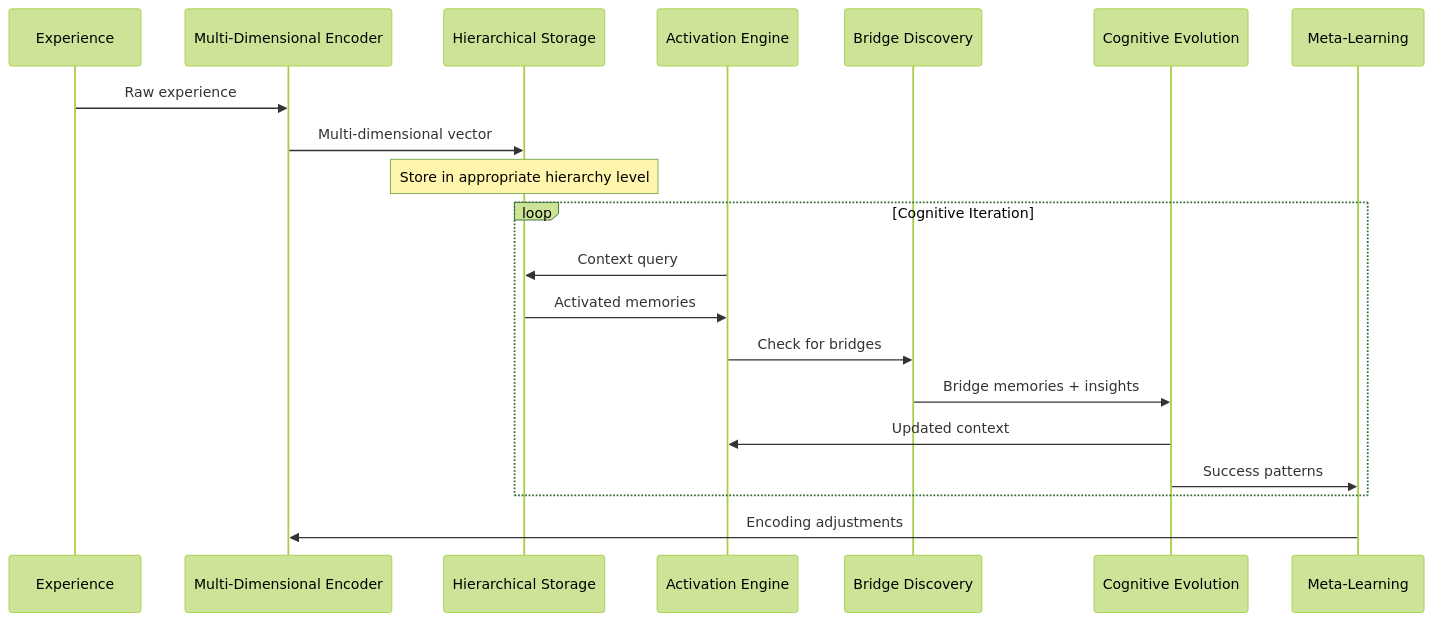
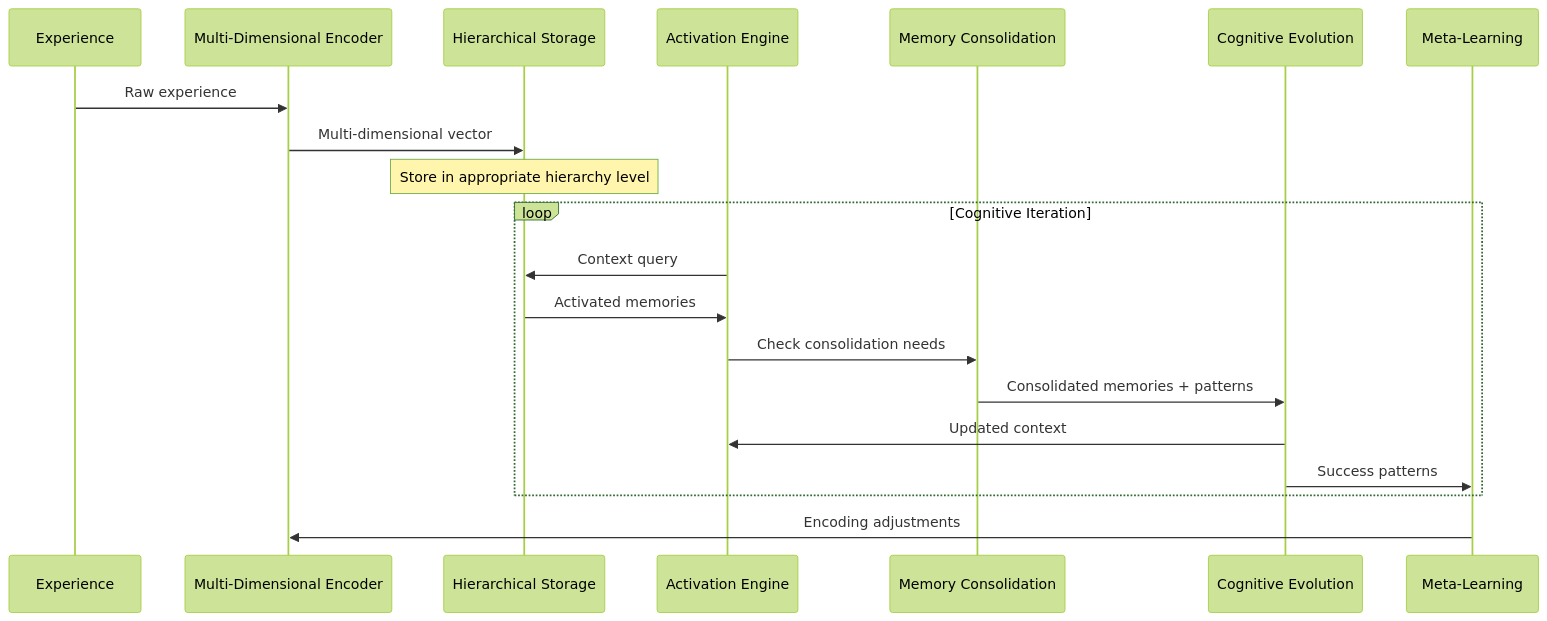
Before and after one commit to murdrae/heimdall-mcp-server: the third of 3 diagrams in docs/arch-docs/architecture-highlevel.md, drawn with Mermaid (forest theme). The commit also changed other lines of this file and 37 other files, not shown here.

````diff
--- a/docs/arch-docs/architecture-highlevel.md
+++ b/docs/arch-docs/architecture-highlevel.md
@@ -103,25 +103,25 @@
 ```mermaid
 sequenceDiagram
     participant E as Experience
     participant MDE as Multi-Dimensional Encoder
     participant HMS as Hierarchical Storage
     participant CAE as Activation Engine
-    participant BDM as Bridge Discovery
+    participant MCC as Memory Consolidation
     participant CSE as Cognitive Evolution
     participant MLC as Meta-Learning
 
     E->>MDE: Raw experience
     MDE->>HMS: Multi-dimensional vector
     Note over HMS: Store in appropriate hierarchy level
 
     loop Cognitive Iteration
         CAE->>HMS: Context query
         HMS->>CAE: Activated memories
-        CAE->>BDM: Check for bridges
-        BDM->>CSE: Bridge memories + insights
+        CAE->>MCC: Check consolidation needs
+        MCC->>CSE: Consolidated memories + patterns
         CSE->>CAE: Updated context
         CSE->>MLC: Success patterns
     end
 
     MLC->>MDE: Encoding adjustments
 ```
````
